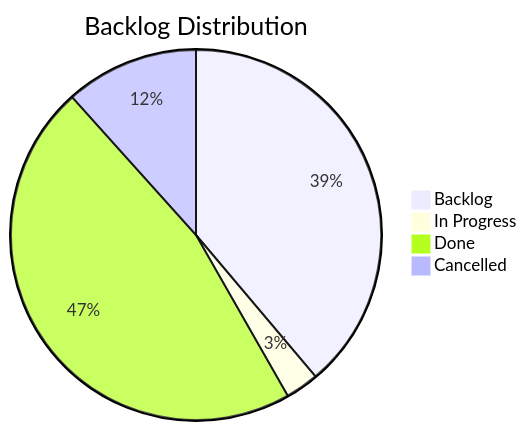
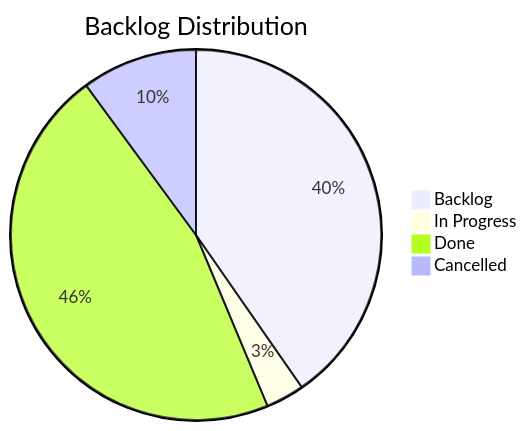
The diagram in docs/board.md (TheCodeCreature/Hytale-Example-Plugin), drawn with Mermaid before and after one commit. The commit also changed other lines of this file and 27 other files, not shown here.

````diff
--- a/docs/board.md
+++ b/docs/board.md
@@ -7,7 +7,7 @@
 ```mermaid
 pie title Backlog Distribution
-    "Backlog" : 40
-    "In Progress" : 3
-    "Done" : 48
+    "Backlog" : 48
+    "In Progress" : 4
+    "Done" : 55
     "Cancelled" : 12
 ```
````
